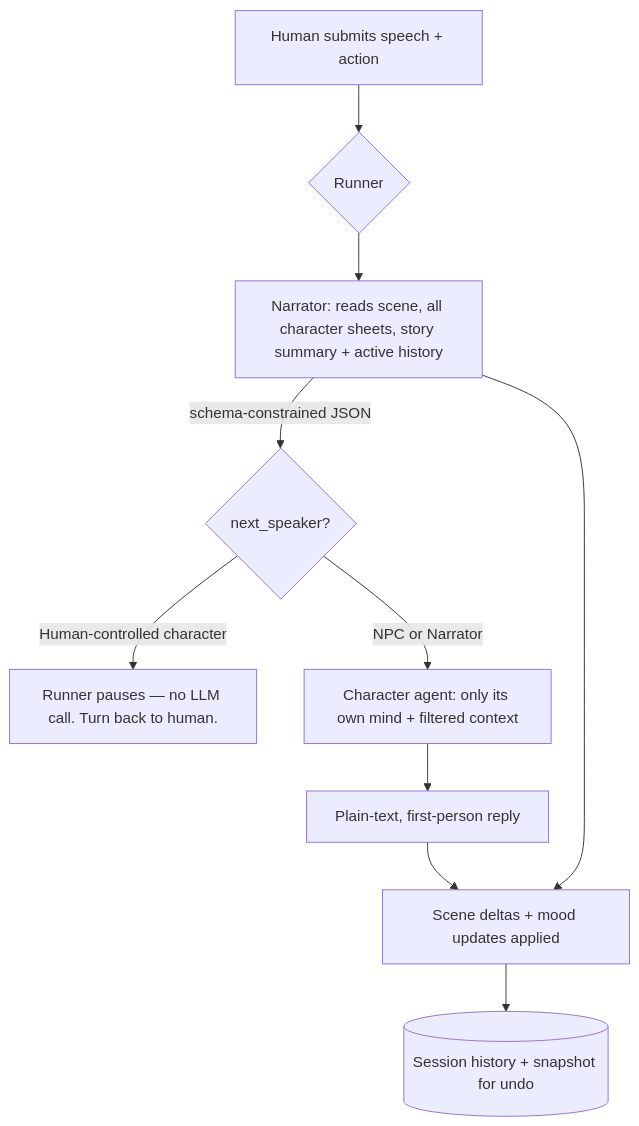
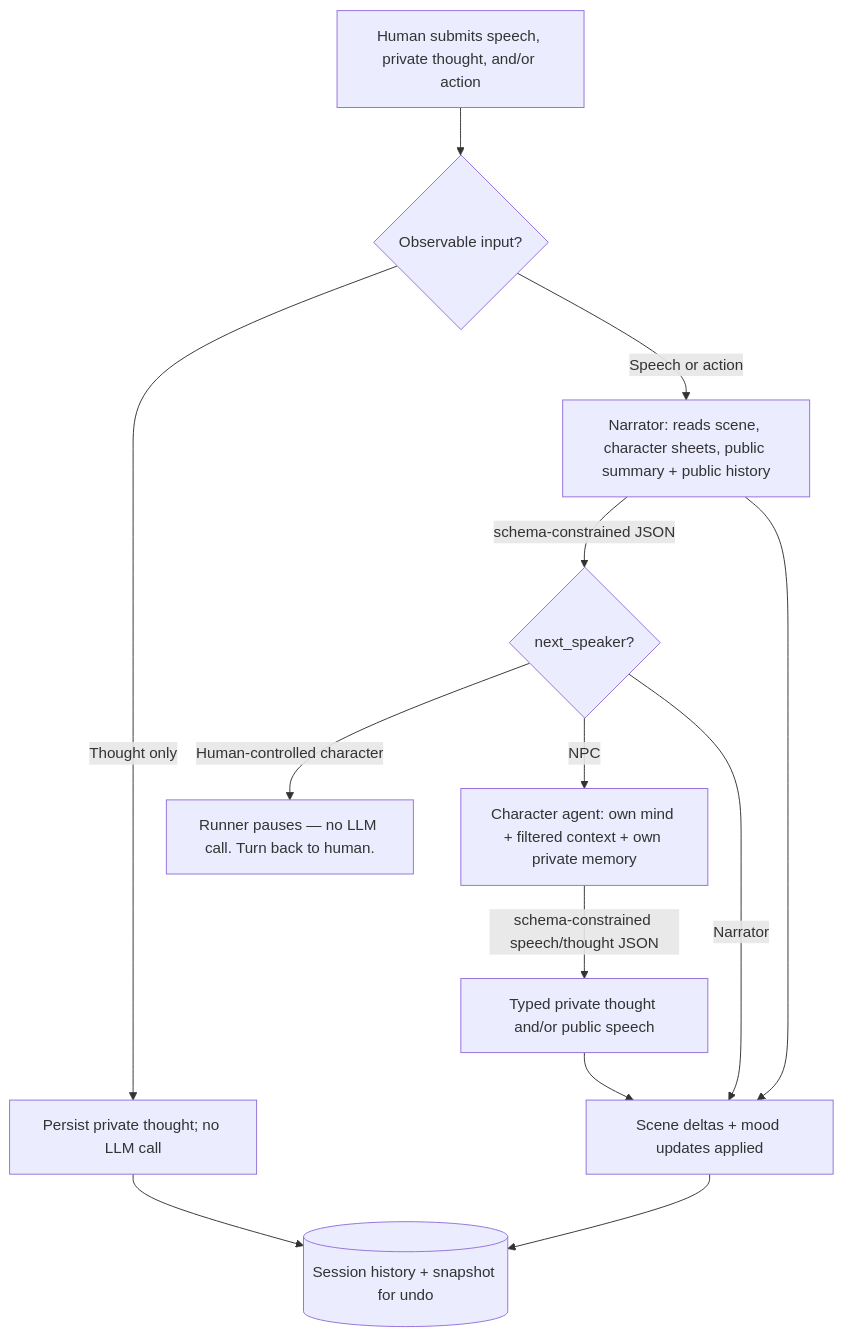
One commit to al4xdev/alex-tavern changed the diagram in README.md. Above: the diagram before and after it, drawn with Mermaid. The commit also changed other lines of this file, not shown here.

````diff
--- a/README.md
+++ b/README.md
@@ -65,12 +64,15 @@
 ```mermaid
 graph TD
-    A[Human submits speech + action] --> B{Runner}
-    B --> C[Narrator: reads scene, all character sheets, story summary + active history]
+    A[Human submits speech, private thought, and/or action] --> B{Observable input?}
+    B -->|Thought only| P[Persist private thought; no LLM call]
+    B -->|Speech or action| C[Narrator: reads scene, character sheets, public summary + public history]
     C -->|"schema-constrained JSON"| D{next_speaker?}
     D -->|Human-controlled character| E[Runner pauses — no LLM call. Turn back to human.]
-    D -->|NPC or Narrator| F[Character agent: only its own mind + filtered context]
-    F --> G[Plain-text, first-person reply]
+    D -->|NPC| F[Character agent: own mind + filtered context + own private memory]
+    D -->|Narrator| H
+    F -->|"schema-constrained speech/thought JSON"| G[Typed private thought and/or public speech]
     C --> H[Scene deltas + mood updates applied]
     G --> H
+    P --> I
     H --> I[(Session history + snapshot for undo)]
 ```
````
